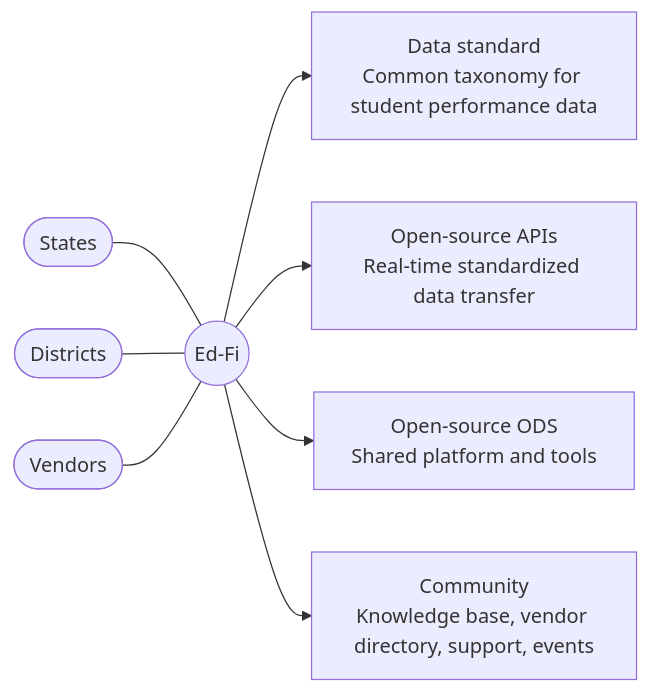
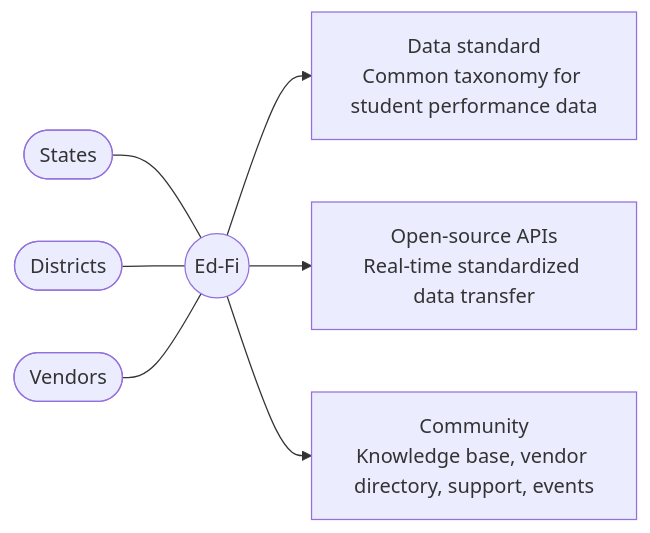
The first of 10 diagrams in docs/getting-started/sea-playbook/ed-fi-overview-and-implementation-playbook.md (Ed-Fi-Alliance-OSS/ed-fi-alliance-oss.github.io), drawn with Mermaid before and after one commit. The commit also changed other lines of this file, not shown here.

````diff
--- a/docs/getting-started/sea-playbook/ed-fi-overview-and-implementation-playbook.md
+++ b/docs/getting-started/sea-playbook/ed-fi-overview-and-implementation-playbook.md
@@ -43,18 +39,16 @@
 ```mermaid
 flowchart LR
   EdFi(("Ed-Fi"))
   States(["States"])
   Districts(["Districts"])
   Vendors(["Vendors"])
   DS["Data standard<br/>Common taxonomy for student performance data"]
   API["Open-source APIs<br/>Real-time standardized data transfer"]
-  ODS["Open-source ODS<br/>Shared platform and tools"]
   Community["Community<br/>Knowledge base, vendor directory, support, events"]
   States --- EdFi
   Districts --- EdFi
   Vendors --- EdFi
   EdFi --> DS
   EdFi --> API
-  EdFi --> ODS
   EdFi --> Community
 ```
````
